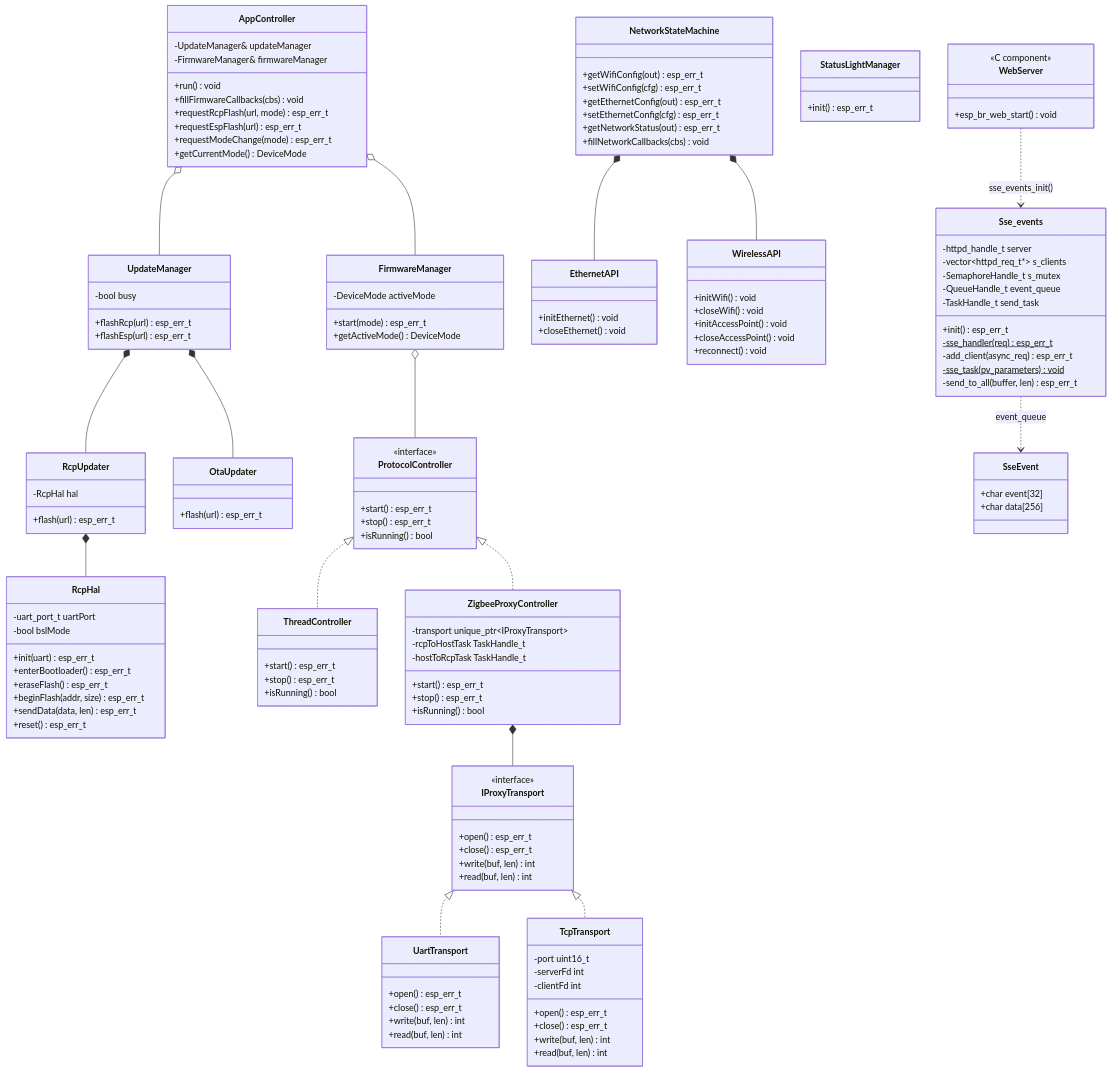
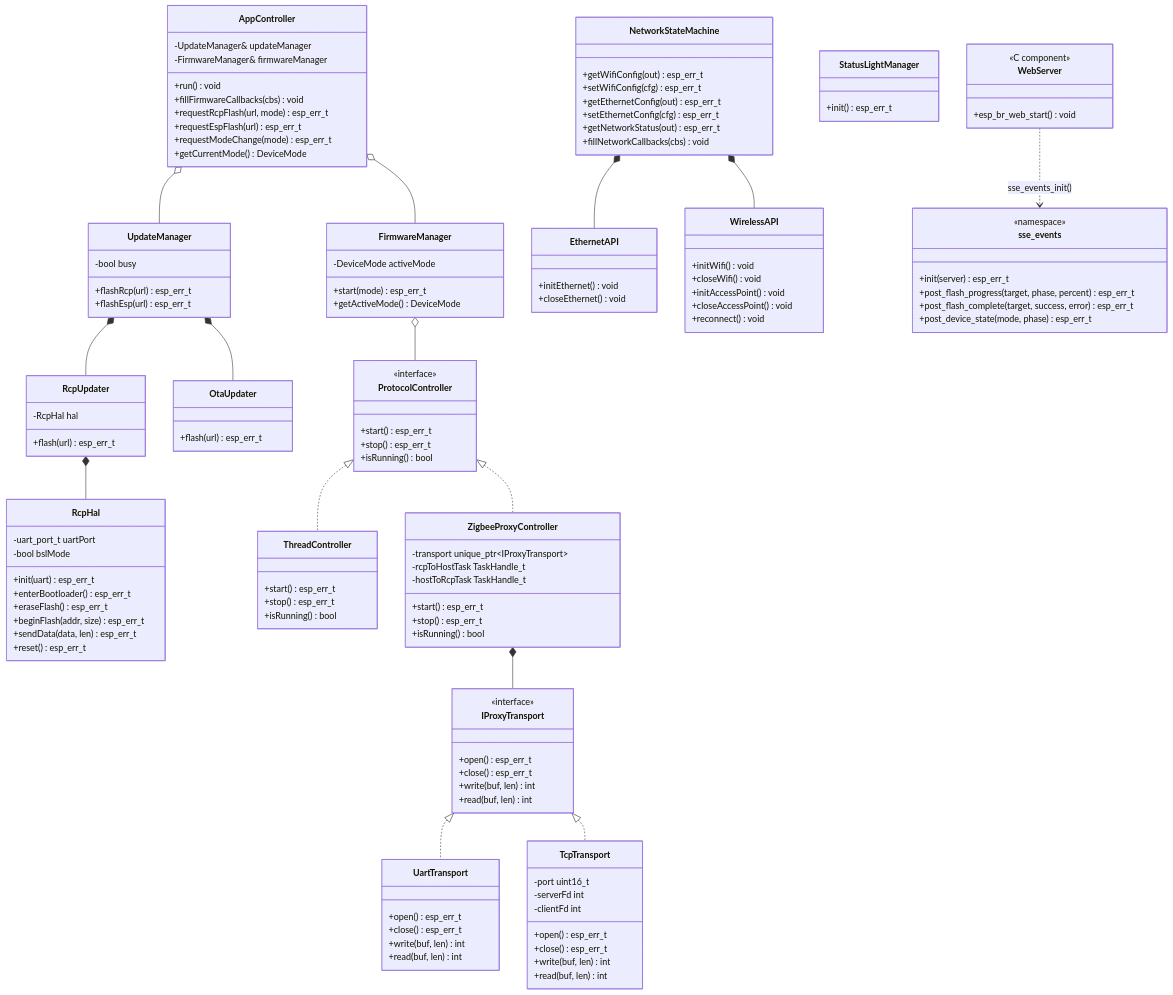
Before and after one commit to codm/czc-unified: the first of 2 diagrams in README.md, drawn with Mermaid. The commit also changed other lines of this file and 4 other files, not shown here.

````diff
--- a/README.md
+++ b/README.md
@@ -498,21 +498,12 @@
         +init() esp_err_t
     }
 
-    class Sse_events {
-        -httpd_handle_t server
-        -vector~httpd_req_t*~ s_clients
-        -SemaphoreHandle_t s_mutex
-        -QueueHandle_t event_queue
-        -TaskHandle_t send_task
-        +init() esp_err_t
-        -sse_handler(req)$ esp_err_t
-        -add_client(async_req) esp_err_t
-        -sse_task(pv_parameters)$ void
-        -send_to_all(buffer, len) esp_err_t
-    }
-    class SseEvent {
-        +char event[32]
-        +char data[256]
+    class sse_events {
+        <<namespace>>
+        +init(server) esp_err_t
+        +post_flash_progress(target, phase, percent) esp_err_t
+        +post_flash_complete(target, success, error) esp_err_t
+        +post_device_state(mode, phase) esp_err_t
     }
     class WebServer {
         <<C component>>
@@ -536,6 +527,5 @@
     NetworkStateMachine *-- EthernetAPI
     NetworkStateMachine *-- WirelessAPI
 
-    WebServer ..> Sse_events : sse_events_init()
-    Sse_events ..> SseEvent : event_queue
+    WebServer ..> sse_events : sse_events_init()
 ```
````
